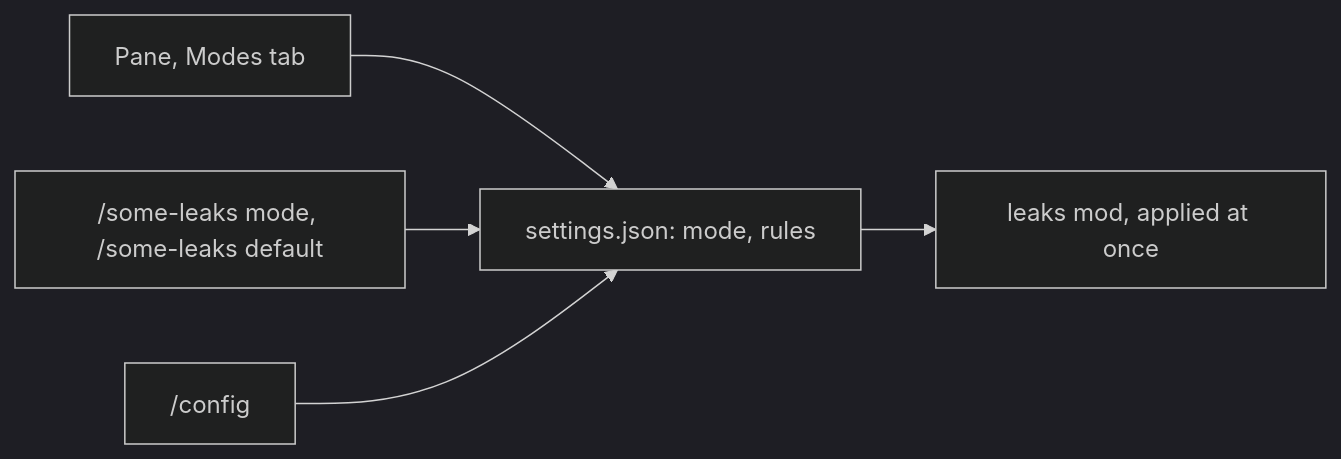
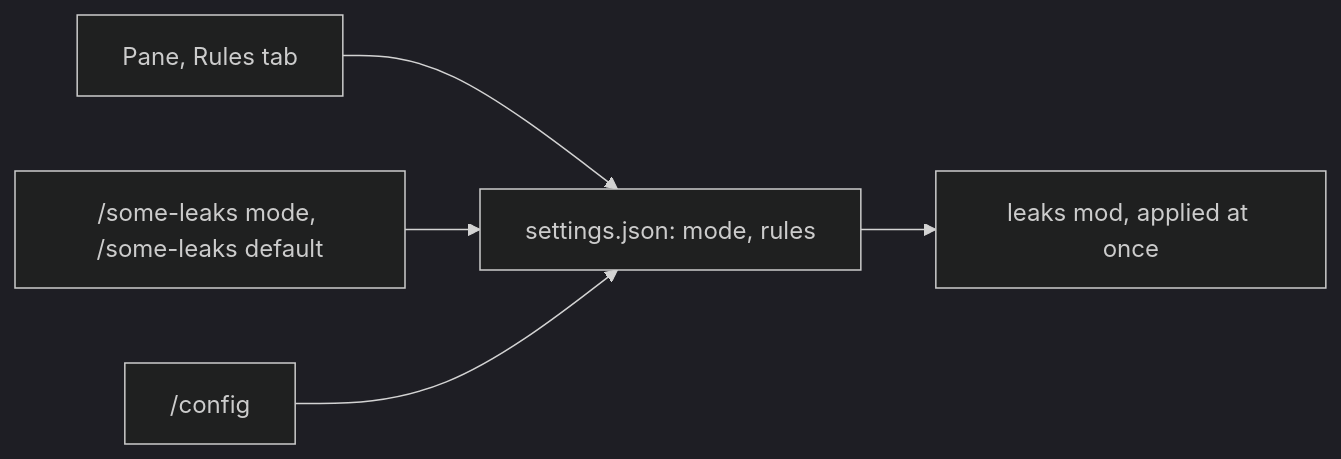
The first of 2 diagrams in plugins/leaks/README.md (devsomelife/somelife-claude-mods), drawn with Mermaid (dark theme) before and after one commit. The commit also changed other lines of this file and 8 other files, not shown here.

````diff
--- a/plugins/leaks/README.md
+++ b/plugins/leaks/README.md
@@ -97,7 +97,7 @@
 ```mermaid
 flowchart LR
-    Pane["Pane, Modes tab"] --> Settings["settings.json: mode, rules"]
+    Pane["Pane, Rules tab"] --> Settings["settings.json: mode, rules"]
     Command["/some-leaks mode, /some-leaks default"] --> Settings
     Config["/config"] --> Settings
     Settings --> Mod["leaks mod, applied at once"]
 ```
````
